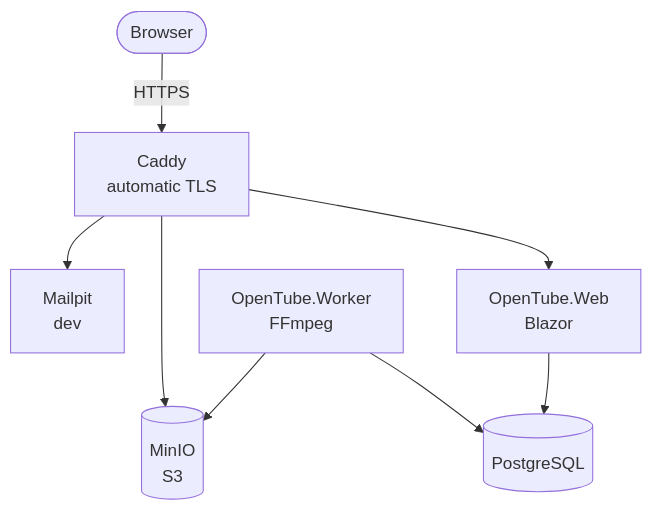
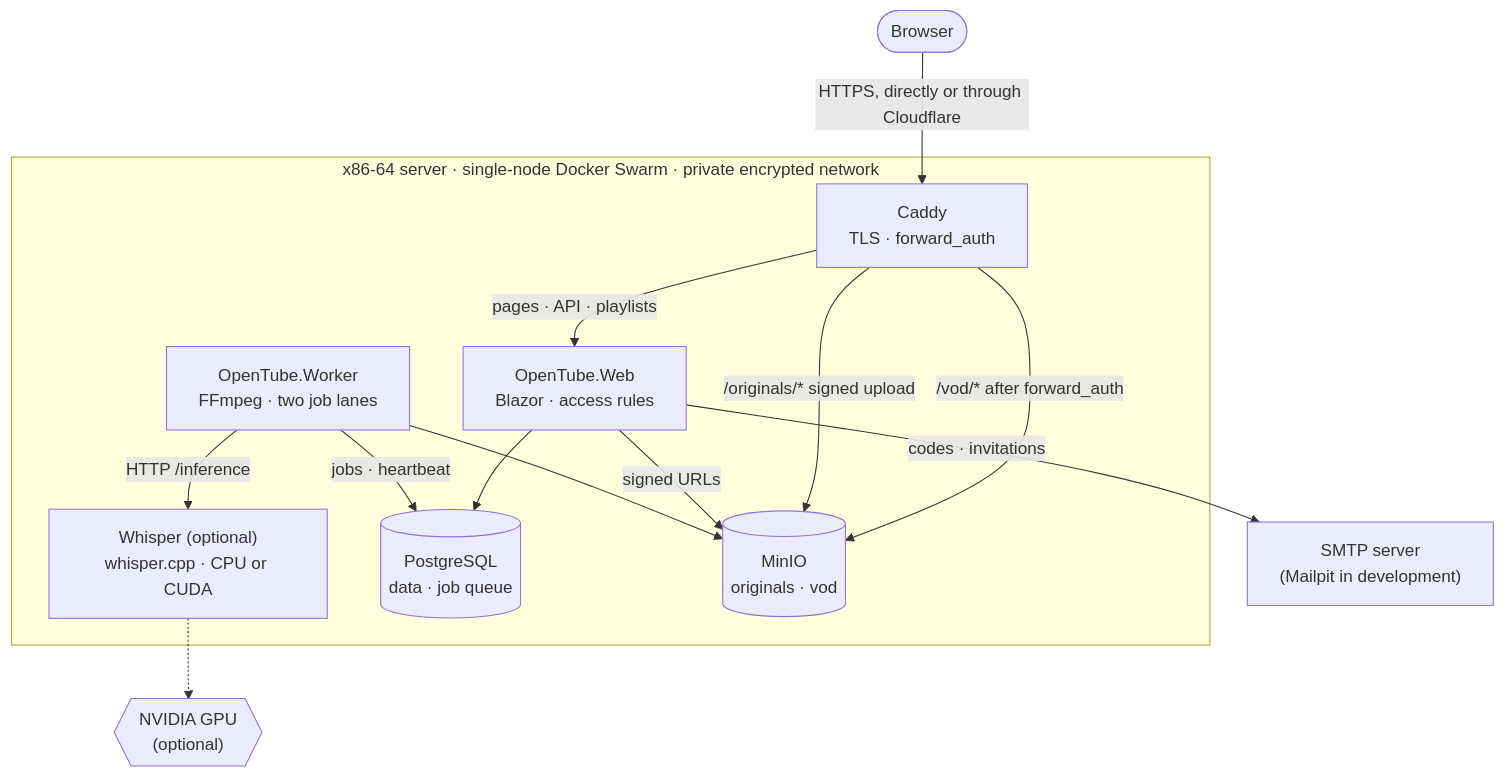
The second of 6 diagrams in README.md (allanbarcelos/opentube), drawn with Mermaid before and after one commit. The commit also changed other lines of this file and 46 other files, not shown here.

````diff
--- a/README.md
+++ b/README.md
@@ -101,10 +166,28 @@
 ```mermaid
 flowchart TB
-    browser([Browser]) -->|HTTPS| caddy["Caddy<br/>automatic TLS"]
-    caddy --> web["OpenTube.Web<br/>Blazor"]
-    caddy --> minio[("MinIO<br/>S3")]
-    caddy --> mailpit["Mailpit<br/>dev"]
-    web --> postgres[(PostgreSQL)]
-    worker["OpenTube.Worker<br/>FFmpeg"] --> postgres
+    browser(["Browser"])
+    smtp["SMTP server<br/>(Mailpit in development)"]
+
+    subgraph server["x86-64 server · single-node Docker Swarm · private encrypted network"]
+        caddy["Caddy<br/>TLS · forward_auth"]
+        web["OpenTube.Web<br/>Blazor · access rules"]
+        worker["OpenTube.Worker<br/>FFmpeg · two job lanes"]
+        whisper["Whisper (optional)<br/>whisper.cpp · CPU or CUDA"]
+        postgres[("PostgreSQL<br/>data · job queue")]
+        minio[("MinIO<br/>originals · vod")]
+    end
+
+    gpu{{"NVIDIA GPU<br/>(optional)"}}
+
+    browser -->|"HTTPS, directly or through Cloudflare"| caddy
+    caddy -->|"pages · API · playlists"| web
+    caddy -->|"/vod/* after forward_auth"| minio
+    caddy -->|"/originals/* signed upload"| minio
+    web --> postgres
+    web -->|"signed URLs"| minio
+    web -->|"codes · invitations"| smtp
+    worker -->|"jobs · heartbeat"| postgres
     worker --> minio
+    worker -->|"HTTP /inference"| whisper
+    whisper -.-> gpu
 ```
````
